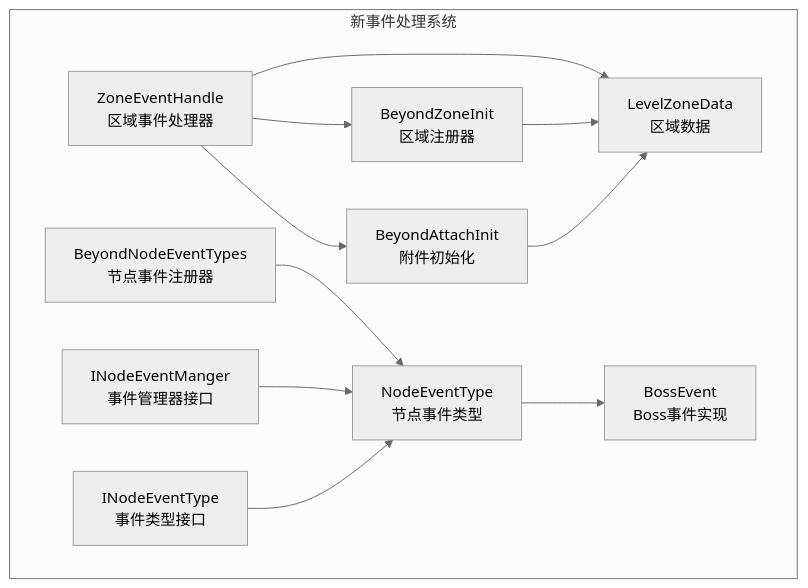
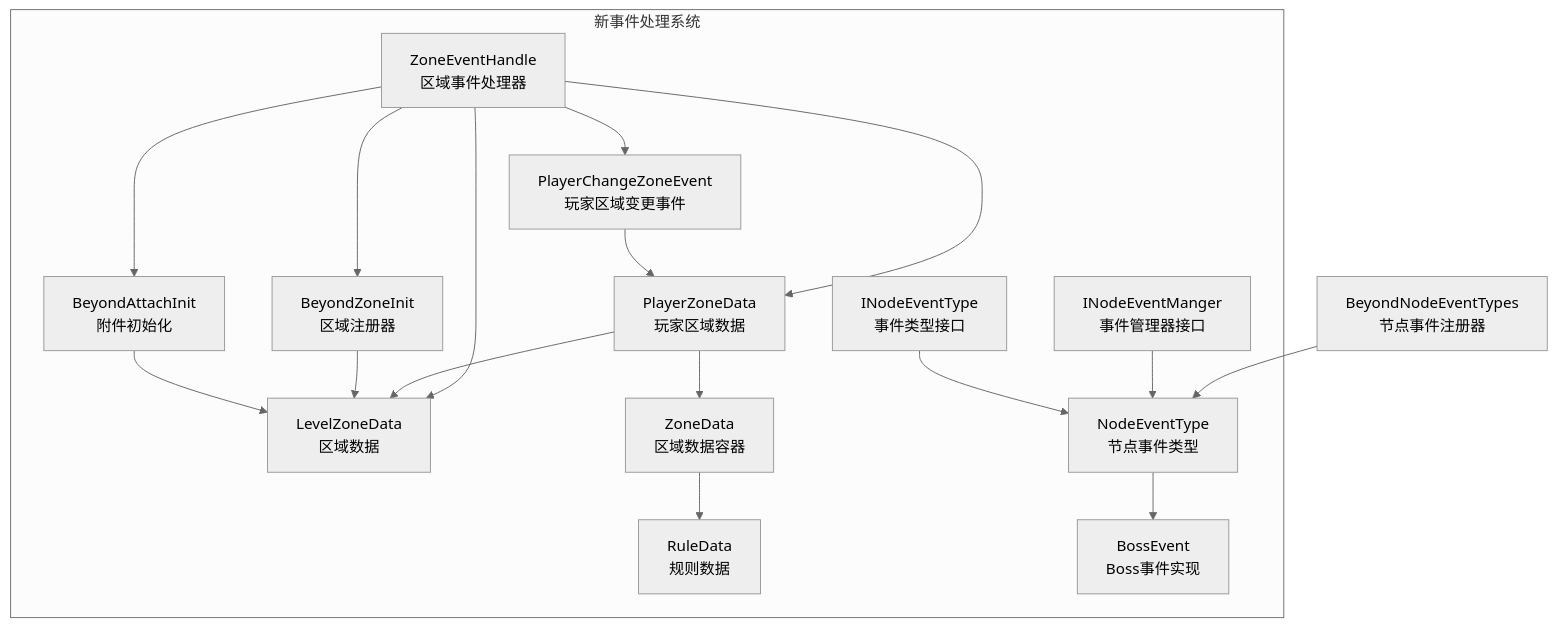
Before and after one commit to Ver-shift/SubModulesGeneHunter: the first of 4 diagrams in .qoder/repowiki/zh/content/模块架构/Beyond安全区模块/事件处理系统.md, drawn with Mermaid (neutral theme). The commit also changed other lines of this file and 16 other files, not shown here.

````diff
--- a/.qoder/repowiki/zh/content/模块架构/Beyond安全区模块/事件处理系统.md
+++ b/.qoder/repowiki/zh/content/模块架构/Beyond安全区模块/事件处理系统.md
@@ -48,23 +55,32 @@
 ```mermaid
 graph TB
 subgraph "新事件处理系统"
 ZEH["ZoneEventHandle<br/>区域事件处理器"]
+PCZE["PlayerChangeZoneEvent<br/>玩家区域变更事件"]
+PZD["PlayerZoneData<br/>玩家区域数据"]
 BAI["BeyondAttachInit<br/>附件初始化"]
 BZI["BeyondZoneInit<br/>区域注册器"]
-BNE["BeyondNodeEventTypes<br/>节点事件注册器"]
 LED["LevelZoneData<br/>区域数据"]
+ZD["ZoneData<br/>区域数据容器"]
+RD["RuleData<br/>规则数据"]
 NET["NodeEventType<br/>节点事件类型"]
 BE["BossEvent<br/>Boss事件实现"]
 IEM["INodeEventManger<br/>事件管理器接口"]
 IET["INodeEventType<br/>事件类型接口"]
 end
+ZEH --> PCZE
+ZEH --> PZD
 ZEH --> BAI
 ZEH --> BZI
 ZEH --> LED
+PCZE --> PZD
+PZD --> LED
+PZD --> ZD
+ZD --> RD
 BZI --> LED
 BAI --> LED
-BNE --> NET
+BNE["BeyondNodeEventTypes<br/>节点事件注册器"] --> NET
 NET --> BE
 IEM --> NET
 IET --> NET
 ```
````
